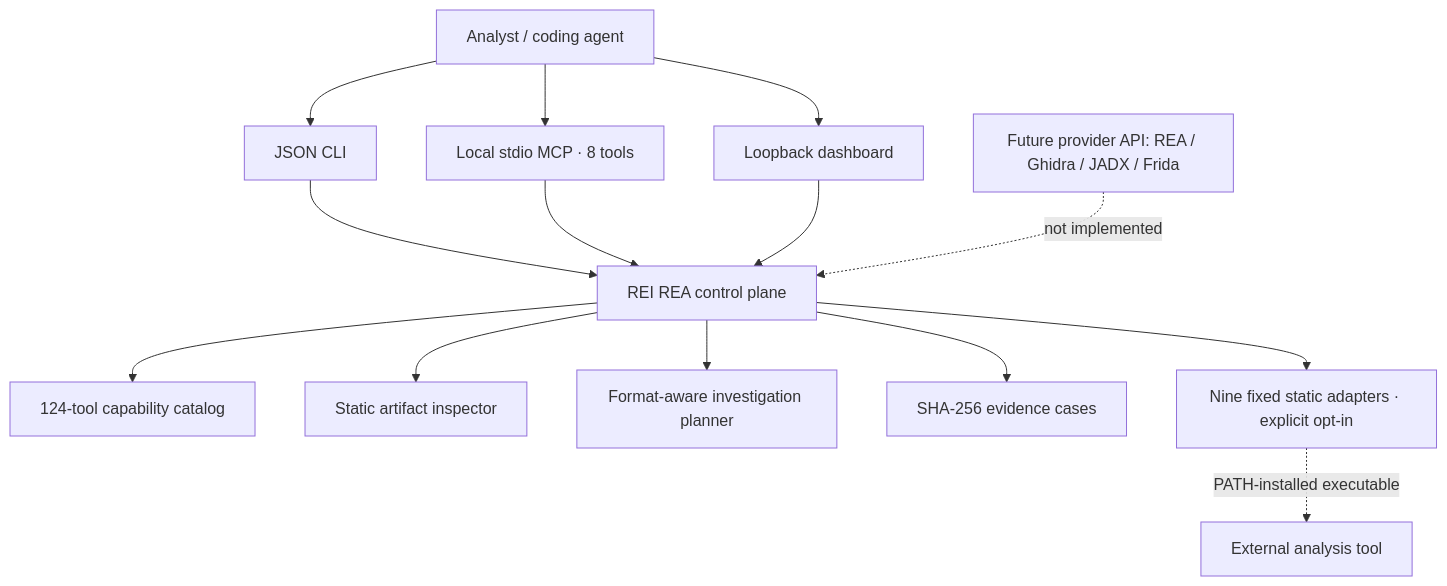
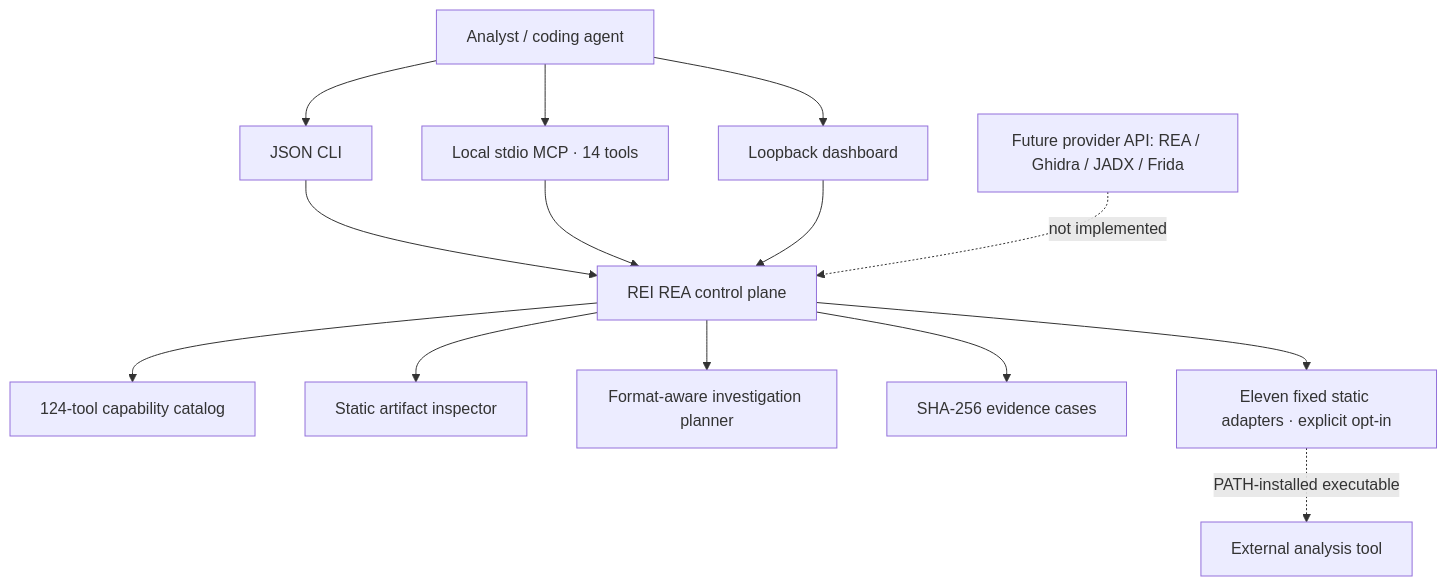
One commit to rootcastleco/Rei-Reverse-engineer- changed the diagram in README.md. Above: the diagram before and after it, drawn with Mermaid. The commit also changed other lines of this file and 17 other files, not shown here.

````diff
--- a/README.md
+++ b/README.md
@@ -144,16 +144,16 @@
 ```mermaid
 flowchart TD
     U["Analyst / coding agent"] --> CLI["JSON CLI"]
-    U --> MCP["Local stdio MCP · 8 tools"]
+    U --> MCP["Local stdio MCP · 14 tools"]
     U --> UI["Loopback dashboard"]
     CLI --> Core["REI REA control plane"]
     MCP --> Core
     UI --> Core
     Core --> Registry["124-tool capability catalog"]
     Core --> Inspector["Static artifact inspector"]
     Core --> Planner["Format-aware investigation planner"]
     Core --> Evidence["SHA-256 evidence cases"]
-    Core --> Adapter["Nine fixed static adapters · explicit opt-in"]
+    Core --> Adapter["Eleven fixed static adapters · explicit opt-in"]
     Adapter -. "PATH-installed executable" .-> Local["External analysis tool"]
     Future["Future provider API: REA / Ghidra / JADX / Frida"] -. "not implemented" .-> Core
 ```
````
